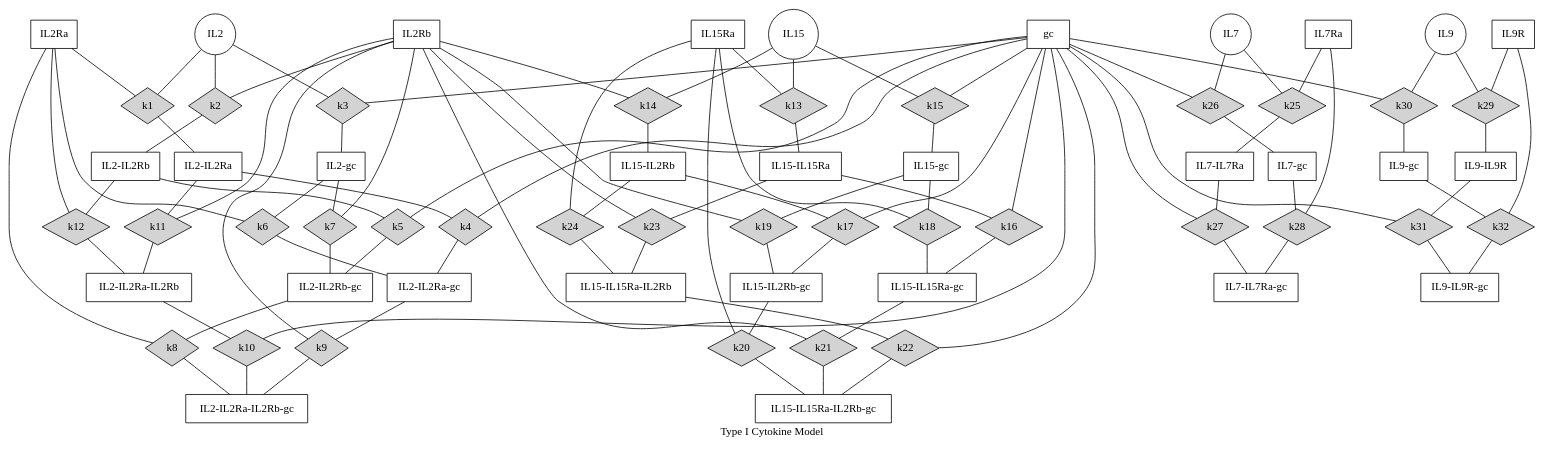
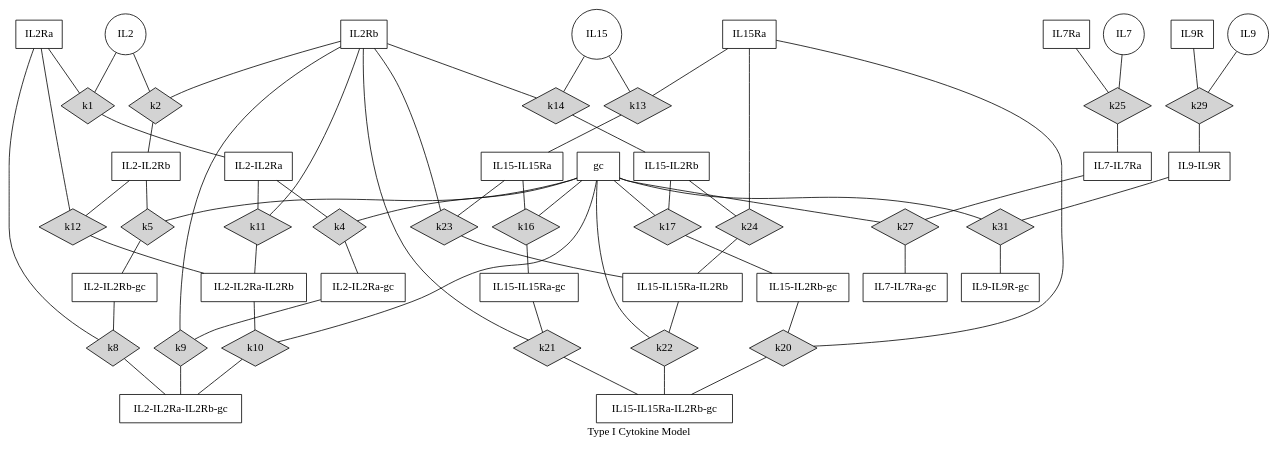
One commit to meyer-lab/gc-cytokines changed the diagram in ckine/data/graph_all.gv. Above: the diagram before and after it, drawn with Graphviz. The commit also changed 8 other files, not shown here.

```diff
--- a/ckine/data/graph_all.gv
+++ b/ckine/data/graph_all.gv
@@ -14,7 +14,6 @@
 "gc"    [shape=box    ];
 "IL2-IL2Ra" [shape=box];
 "IL2-IL2Rb" [shape=box];
-"IL2-gc" [shape=box];
 "IL2-IL2Ra" [shape=box];
 "IL2-IL2Ra" [shape=box];
 "IL2-IL2Ra-IL2Rb" [shape=box ];
@@ -26,7 +25,6 @@
 "IL15Ra"    [shape=box];
 "IL15-IL15Ra"   [shape=box];
 "IL15-IL2Rb"    [shape=box];
-"IL15-gc"   [shape=box];
 "IL15-IL15Ra-IL2Rb" [shape=box];
 "IL15-IL15Ra-gc"    [shape=box];
 "IL15-IL2Rb-gc" [shape=box];
@@ -35,14 +33,11 @@
 "IL7"   [shape=circle];
 "IL7Ra" [shape=box];
 "IL7-IL7Ra" [shape=box];
-"IL7-gc"    [shape=box];
 "IL7-IL7Ra-gc"  [shape=box];
 
 "IL9"   [shape=circle];
 "IL9R" [shape=box    ];
-"gc"    [shape=box    ];
 "IL9-IL9R" [shape=box];
-"IL9-gc" [shape=box];
 "IL9-IL9R-gc" [shape=box ];
 
 
@@ -56,11 +51,6 @@
 "IL2Rb" -> "k2" [dir=none,weight=1];
 "k2" -> "IL2-IL2Rb" [dir=none, weight=2];
 
-"k3" [shape=diamond,style=filled,height=.1,width=.1];
-"IL2" -> "k3" [dir=none,weight=1];
-"gc" -> "k3" [dir=none,weight=1];
-"k3" -> "IL2-gc" [dir=none, weight=2];
-
 "k4" [shape=diamond,style=filled,height=.1,width=.1];
 "IL2-IL2Ra" -> "k4" [dir=none,weight=1];
 "gc" -> "k4" [dir=none,weight=1];
@@ -70,16 +60,6 @@
 "IL2-IL2Rb" -> "k5" [dir=none,weight=1];
 "gc" -> "k5" [dir=none,weight=1];
 "k5" -> "IL2-IL2Rb-gc" [dir=none, weight=2];
-
-"k6" [shape=diamond,style=filled,height=.1,width=.1];
-"IL2-gc" -> "k6" [dir=none,weight=1];
-"IL2Ra" -> "k6" [dir=none,weight=1];
-"k6" -> "IL2-IL2Ra-gc" [dir=none, weight=2];
-
-"k7" [shape=diamond,style=filled,height=.1,width=.1];
-"IL2-gc" -> "k7" [dir=none,weight=1];
-"IL2Rb" -> "k7" [dir=none,weight=1];
-"k7" -> "IL2-IL2Rb-gc" [dir=none, weight=2];
 
 "k8" [shape=diamond,style=filled,height=.1,width=.1];
 "IL2-IL2Rb-gc" -> "k8" [dir=none,weight=1];
@@ -116,11 +96,6 @@
 "IL2Rb" -> "k14" [dir=none,weight=1];
 "k14" -> "IL15-IL2Rb" [dir=none, weight=2];
 
-"k15" [shape=diamond,style=filled,height=.1,width=.1];
-"IL15" -> "k15" [dir=none,weight=1];
-"gc" -> "k15" [dir=none,weight=1];
-"k15" -> "IL15-gc" [dir=none, weight=2];
-
 "k16" [shape=diamond,style=filled,height=.1,width=.1];
 "IL15-IL15Ra" -> "k16" [dir=none,weight=1];
 "gc" -> "k16" [dir=none,weight=1];
@@ -130,16 +105,6 @@
 "IL15-IL2Rb" -> "k17" [dir=none,weight=1];
 "gc" -> "k17" [dir=none,weight=1];
 "k17" -> "IL15-IL2Rb-gc" [dir=none, weight=2];
-
-"k18" [shape=diamond,style=filled,height=.1,width=.1];
-"IL15-gc" -> "k18" [dir=none,weight=1];
-"IL15Ra" -> "k18" [dir=none,weight=1];
-"k18" -> "IL15-IL15Ra-gc" [dir=none, weight=2];
-
-"k19" [shape=diamond,style=filled,height=.1,width=.1];
-"IL15-gc" -> "k19" [dir=none,weight=1];
-"IL2Rb" -> "k19" [dir=none,weight=1];
-"k19" -> "IL15-IL2Rb-gc" [dir=none, weight=2];
 
 "k20" [shape=diamond,style=filled,height=.1,width=.1];
 "IL15-IL2Rb-gc" -> "k20" [dir=none,weight=1];
@@ -171,39 +136,19 @@
 "IL7Ra" -> "k25" [dir=none,weight=1];
 "k25" -> "IL7-IL7Ra" [dir=none, weight=2];
 
-"k26" [shape=diamond,style=filled,height=.1,width=.1];
-"IL7" -> "k26" [dir=none,weight=1];
-"gc" -> "k26" [dir=none,weight=1];
-"k26" -> "IL7-gc" [dir=none, weight=2];
-
 "k27" [shape=diamond,style=filled,height=.1,width=.1];
 "IL7-IL7Ra" -> "k27" [dir=none,weight=1];
 "gc" -> "k27" [dir=none,weight=1];
 "k27" -> "IL7-IL7Ra-gc" [dir=none, weight=2];
-
-"k28" [shape=diamond,style=filled,height=.1,width=.1];
-"IL7-gc" -> "k28" [dir=none,weight=1];
-"IL7Ra" -> "k28" [dir=none,weight=1];
-"k28" -> "IL7-IL7Ra-gc" [dir=none, weight=2];
 
 "k29" [shape=diamond,style=filled,height=.1,width=.1];
 "IL9" -> "k29" [dir=none,weight=1];
 "IL9R" -> "k29" [dir=none,weight=1];
 "k29" -> "IL9-IL9R" [dir=none, weight=2];
 
-"k30" [shape=diamond,style=filled,height=.1,width=.1];
-"IL9" -> "k30" [dir=none,weight=1];
-"gc" -> "k30" [dir=none,weight=1];
-"k30" -> "IL9-gc" [dir=none, weight=2];
-
 "k31" [shape=diamond,style=filled,height=.1,width=.1];
 "IL9-IL9R" -> "k31" [dir=none,weight=1];
 "gc" -> "k31" [dir=none,weight=1];
 "k31" -> "IL9-IL9R-gc" [dir=none, weight=2];
 
-"k32" [shape=diamond,style=filled,height=.1,width=.1];
-"IL9-gc" -> "k32" [dir=none,weight=1];
-"IL9R" -> "k32" [dir=none,weight=1];
-"k32" -> "IL9-IL9R-gc" [dir=none, weight=2];
-
 }
```
